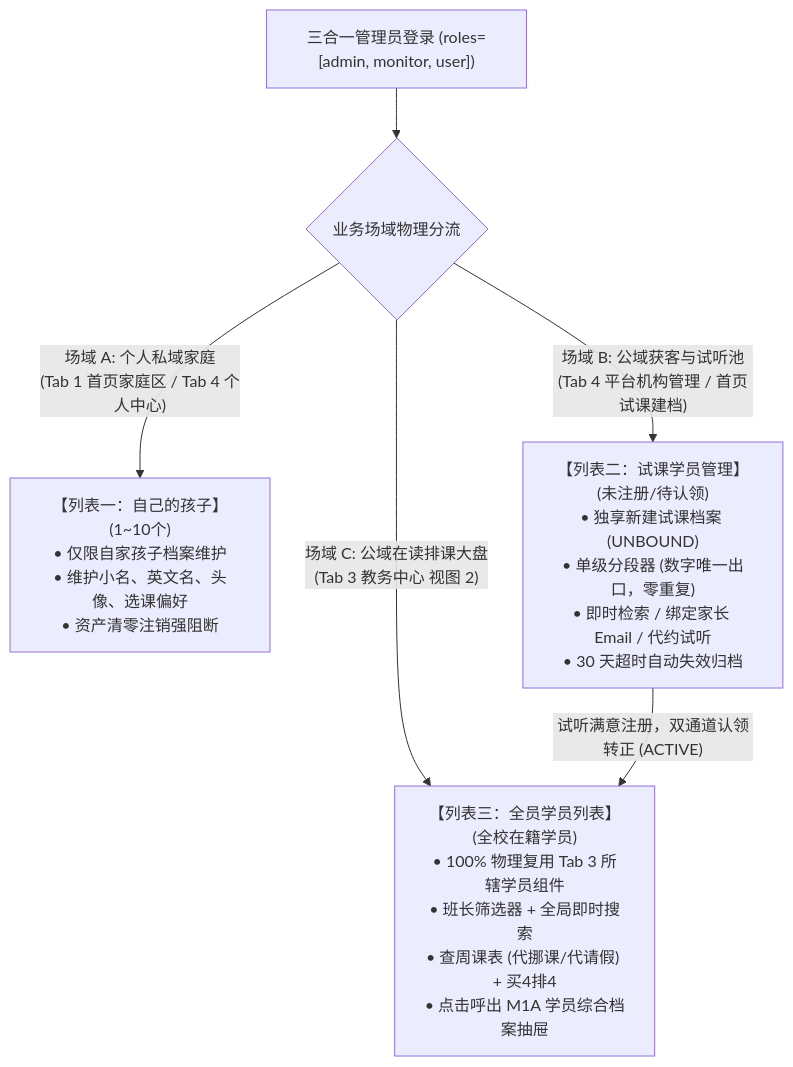
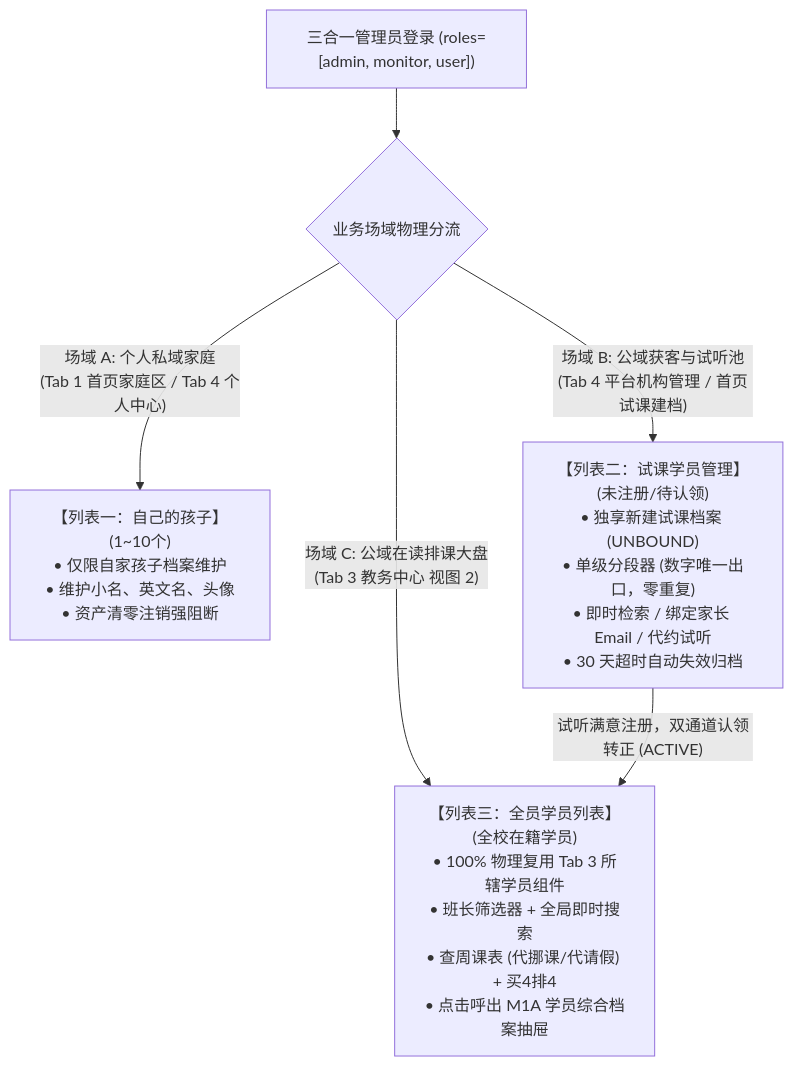
One commit to Onezao/dream changed the fifth of 6 diagrams in docs/prd/m1a_student_profile.md. Above: the diagram before and after it, drawn with Mermaid. The commit also changed other lines of this file and 15 other files, not shown here.

````diff
--- a/docs/prd/m1a_student_profile.md
+++ b/docs/prd/m1a_student_profile.md
@@ -149,12 +149,12 @@
 ```mermaid
 flowchart TD
     AdminUser["三合一管理员登录 (roles=[admin, monitor, user])"] --> SplitField{"业务场域物理分流"}
     
-    SplitField -->|"场域 A: 个人私域家庭<br/>(Tab 1 首页家庭区 / Tab 4 个人中心)"| L1["【列表一：自己的孩子】(1~10个)<br/>• 仅限自家孩子档案维护<br/>• 维护小名、英文名、头像、选课偏好<br/>• 资产清零注销强阻断"]
+    SplitField -->|"场域 A: 个人私域家庭<br/>(Tab 1 首页家庭区 / Tab 4 个人中心)"| L1["【列表一：自己的孩子】(1~10个)<br/>• 仅限自家孩子档案维护<br/>• 维护小名、英文名、头像<br/>• 资产清零注销强阻断"]
     
     SplitField -->|"场域 B: 公域获客与试听池<br/>(Tab 4 平台机构管理 / 首页试课建档)"| L2["【列表二：试课学员管理】(未注册/待认领)<br/>• 独享新建试课档案 (UNBOUND)<br/>• 单级分段器 (数字唯一出口，零重复)<br/>• 即时检索 / 绑定家长 Email / 代约试听<br/>• 30 天超时自动失效归档"]
     
     SplitField -->|"场域 C: 公域在读排课大盘<br/>(Tab 3 教务中心 视图 2)"| L3["【列表三：全员学员列表】(全校在籍学员)<br/>• 100% 物理复用 Tab 3 所辖学员组件<br/>• 班长筛选器 + 全局即时搜索<br/>• 查周课表 (代挪课/代请假) + 买4排4<br/>• 点击呼出 M1A 学员综合档案抽屉"]
     
     L2 -->|"试听满意注册，双通道认领转正 (ACTIVE)"| L3
 ```
````
